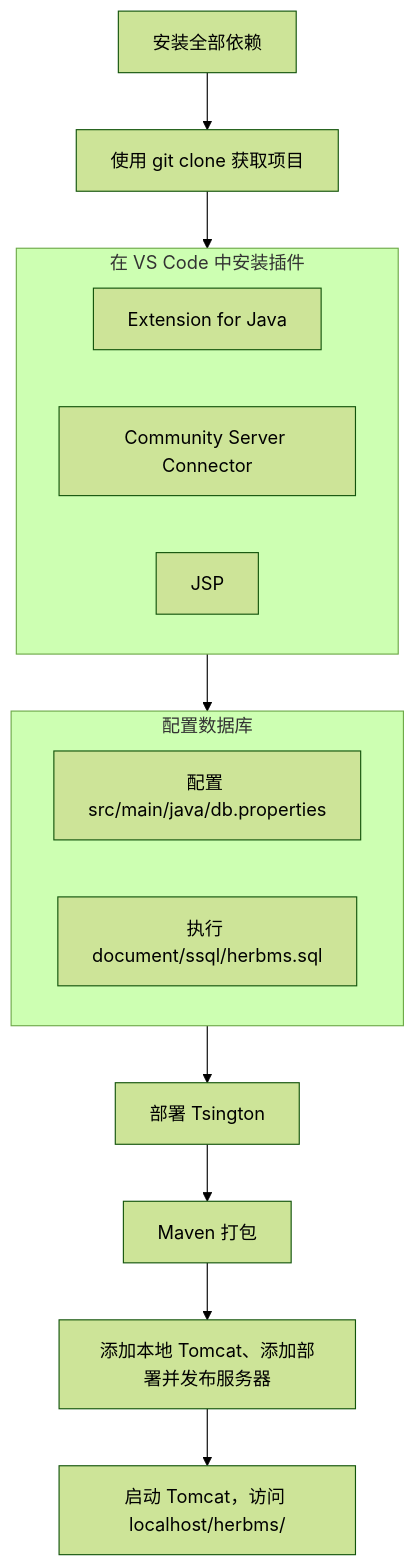
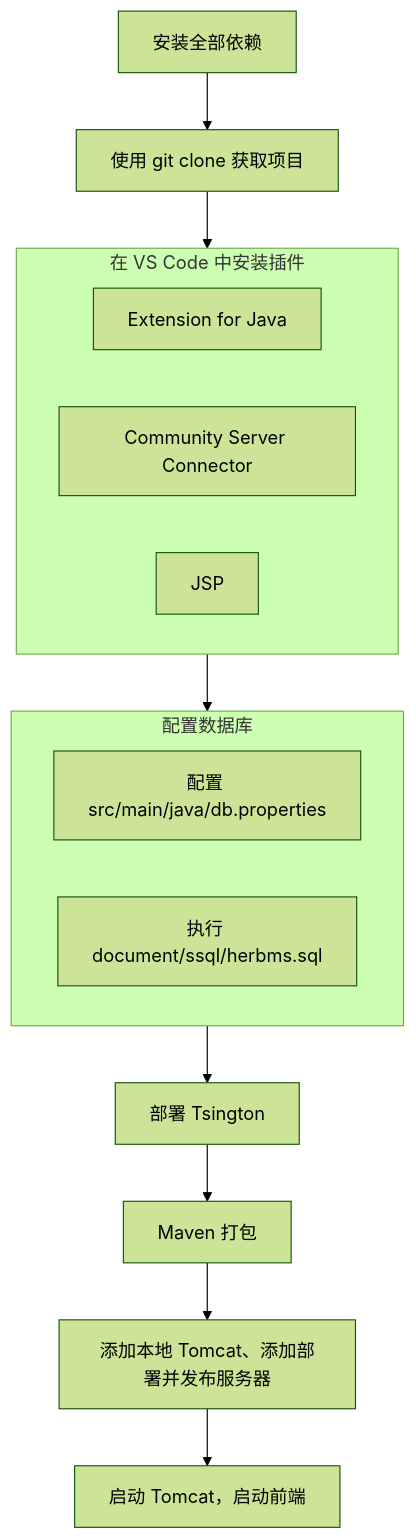
One commit to penyoofficial/HerbMS-BE changed the diagram in README.md. Above: the diagram before and after it, drawn with Mermaid (forest theme). The commit also changed other lines of this file and 29 other files, not shown here.

````diff
--- a/README.md
+++ b/README.md
@@ -21,20 +22,20 @@
 ```mermaid
 graph
   s1["安装全部依赖"]
   -->s2["使用 git clone 获取项目"]
   -->s3
   -->s4
   -->s5["部署 Tsington"]
   -->s6["Maven 打包"]
   -->s7["添加本地 Tomcat、添加部署并发布服务器"]
-  -->s8["启动 Tomcat，访问 localhost/herbms/"]
+  -->s8["启动 Tomcat，启动前端"]
   subgraph s3["在 VS Code 中安装插件"]
     s3.1["Extension for Java"]
     s3.2["Community Server Connector"]
     s3.3["JSP"]
   end
   subgraph s4["配置数据库"]
     s4.1["配置 src/main/java/db.properties"]
     s4.2["执行 document/ssql/herbms.sql"]
   end
 ```
````
